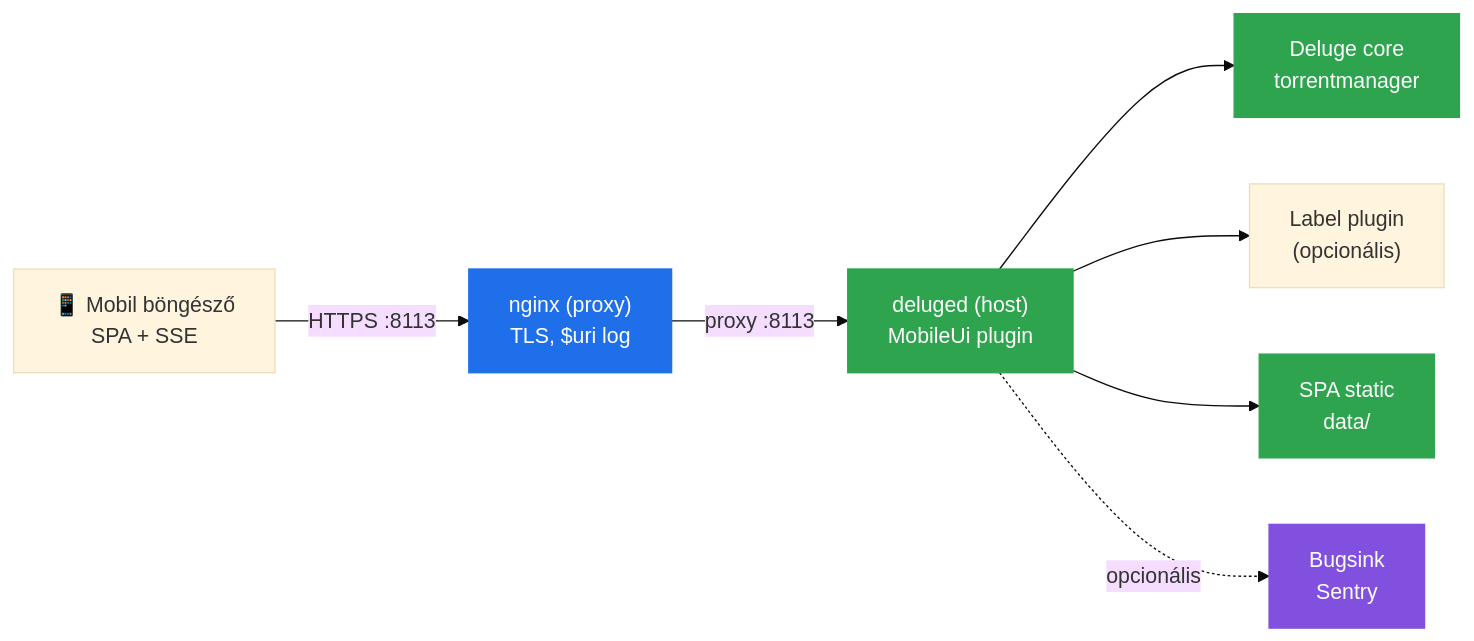
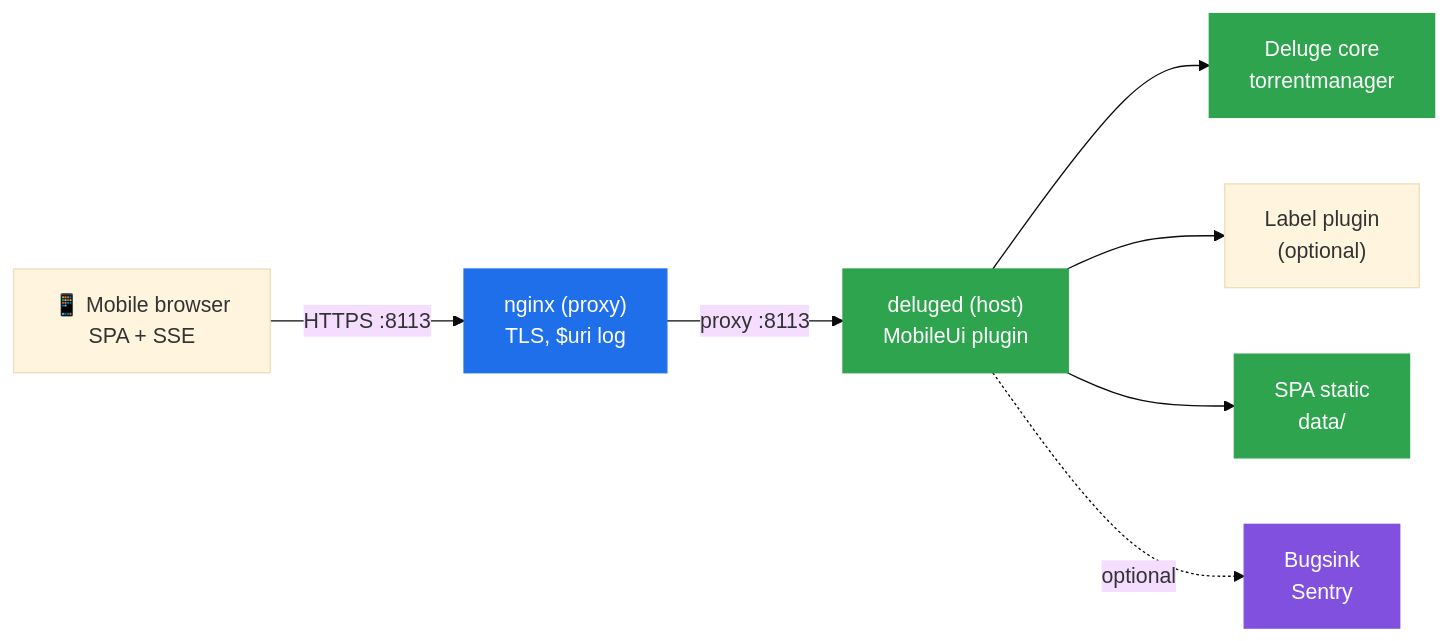
One commit to gabordeli/mobileui changed the diagram in README.md. Above: the diagram before and after it, drawn with Mermaid (base theme). The commit also changed other lines of this file and 9 other files, not shown here.

````diff
--- a/README.md
+++ b/README.md
@@ -111,15 +89,15 @@
 ```mermaid
 flowchart LR
-    B["📱 Mobil böngésző<br/>SPA + SSE"] -->|"HTTPS :8113"| N["nginx (proxy)<br/>TLS, $uri log"]
+    B["📱 Mobile browser<br/>SPA + SSE"] -->|"HTTPS :8113"| N["nginx (proxy)<br/>TLS, $uri log"]
     N -->|"proxy :8113"| P["deluged (host)<br/>MobileUi plugin"]
     P --> C["Deluge core<br/>torrentmanager"]
-    P --> L["Label plugin<br/>(opcionális)"]
+    P --> L["Label plugin<br/>(optional)"]
     P --> D["SPA static<br/>data/"]
-    P -.->|"opcionális"| S["Bugsink<br/>Sentry"]
+    P -.->|"optional"| S["Bugsink<br/>Sentry"]
     classDef edge fill:#1f6feb,color:#fff,stroke:#1f6feb
     classDef core fill:#2ea44f,color:#fff,stroke:#2ea44f
     classDef ext fill:#8250df,color:#fff,stroke:#8250df
     class N edge
     class P,C,D core
     class S ext
 ```
````
